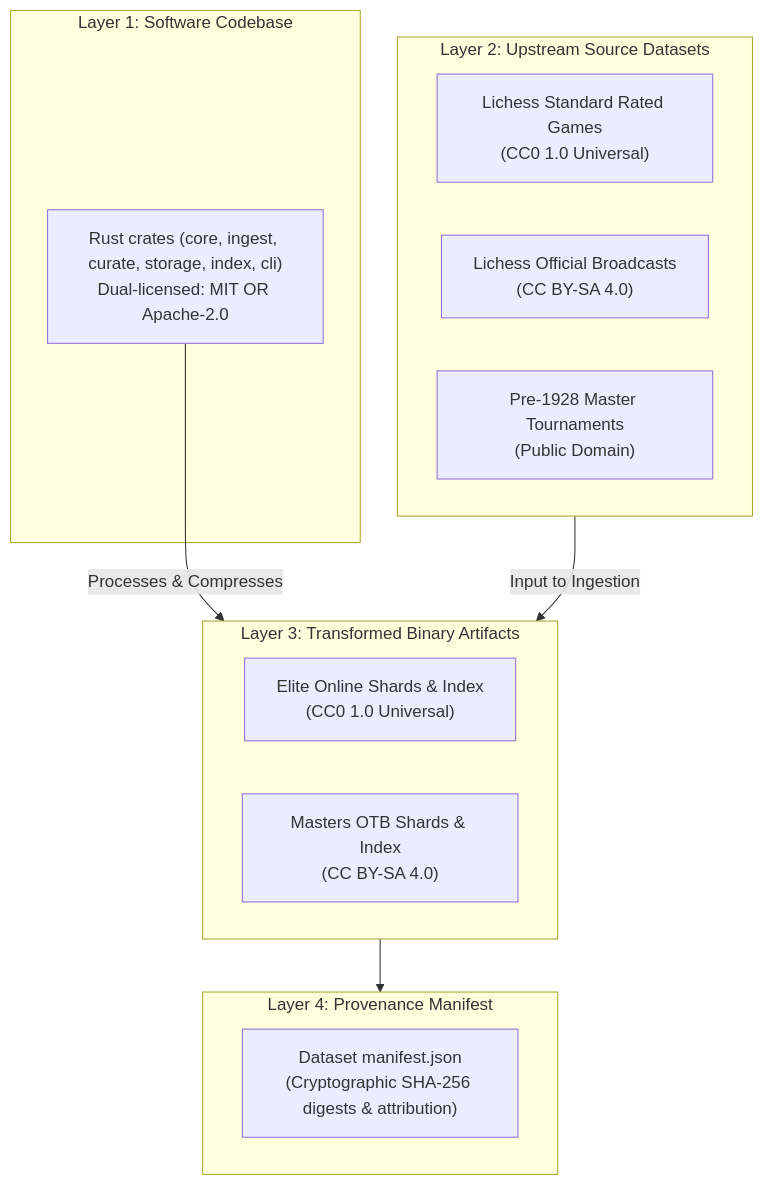
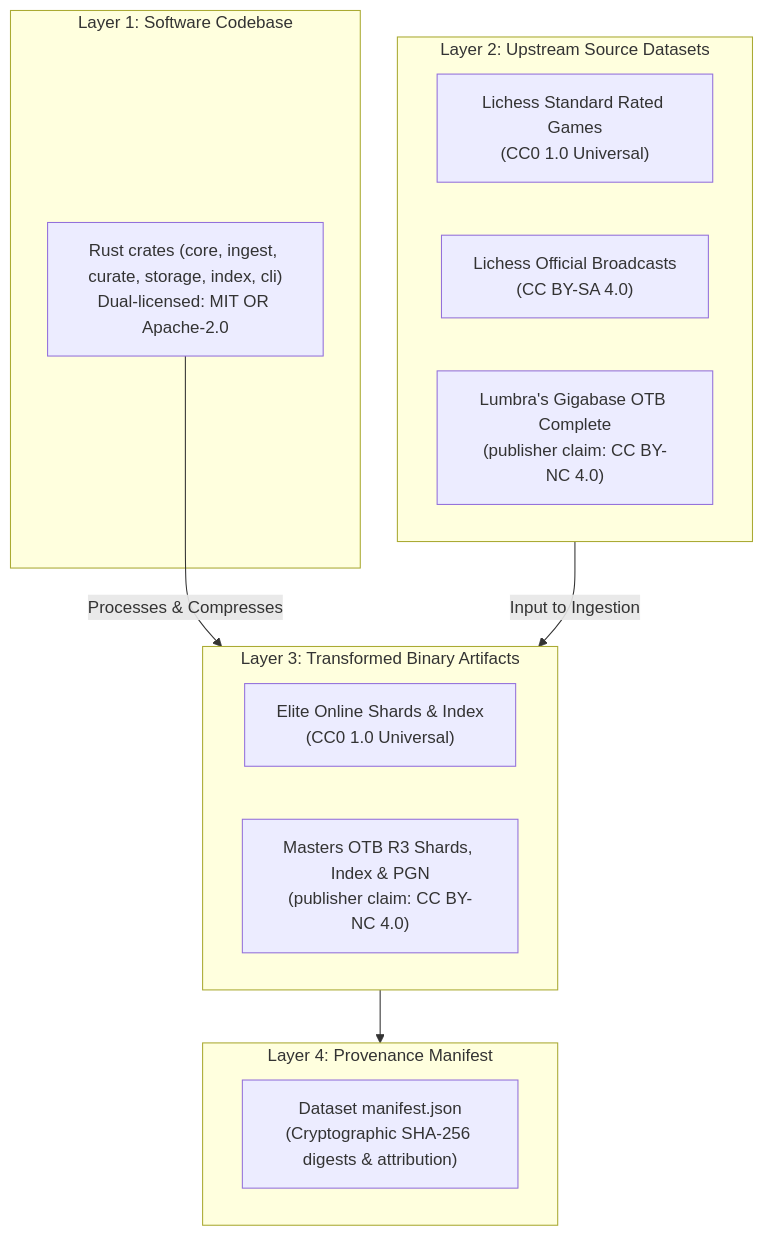
One commit to Nerver-zip/chess-database-api changed the diagram in docs/LICENSING.md. Above: the diagram before and after it, drawn with Mermaid. The commit also changed other lines of this file and 14 other files, not shown here.

````diff
--- a/docs/LICENSING.md
+++ b/docs/LICENSING.md
@@ -15,25 +15,25 @@
 ```mermaid
 flowchart TD
     subgraph Layer1["Layer 1: Software Codebase"]
         CODE["Rust crates (core, ingest, curate, storage, index, cli)<br/>Dual-licensed: MIT OR Apache-2.0"]
     end
 
     subgraph Layer2["Layer 2: Upstream Source Datasets"]
         LICHESS_RATED["Lichess Standard Rated Games<br/>(CC0 1.0 Universal)"]
         LICHESS_BCAST["Lichess Official Broadcasts<br/>(CC BY-SA 4.0)"]
-        HIST_OTB["Pre-1928 Master Tournaments<br/>(Public Domain)"]
+        GIGABASE["Lumbra's Gigabase OTB Complete<br/>(publisher claim: CC BY-NC 4.0)"]
     end
 
     subgraph Layer3["Layer 3: Transformed Binary Artifacts"]
         CGB3_ELITE["Elite Online Shards & Index<br/>(CC0 1.0 Universal)"]
-        CGB3_MASTERS["Masters OTB Shards & Index<br/>(CC BY-SA 4.0)"]
+        CGB3_MASTERS["Masters OTB R3 Shards, Index & PGN<br/>(publisher claim: CC BY-NC 4.0)"]
     end
 
     subgraph Layer4["Layer 4: Provenance Manifest"]
         MANIFEST["Dataset manifest.json<br/>(Cryptographic SHA-256 digests & attribution)"]
     end
 
     CODE -->|Processes & Compresses| Layer3
     Layer2 -->|Input to Ingestion| Layer3
     Layer3 --> Layer4
 ```
````
